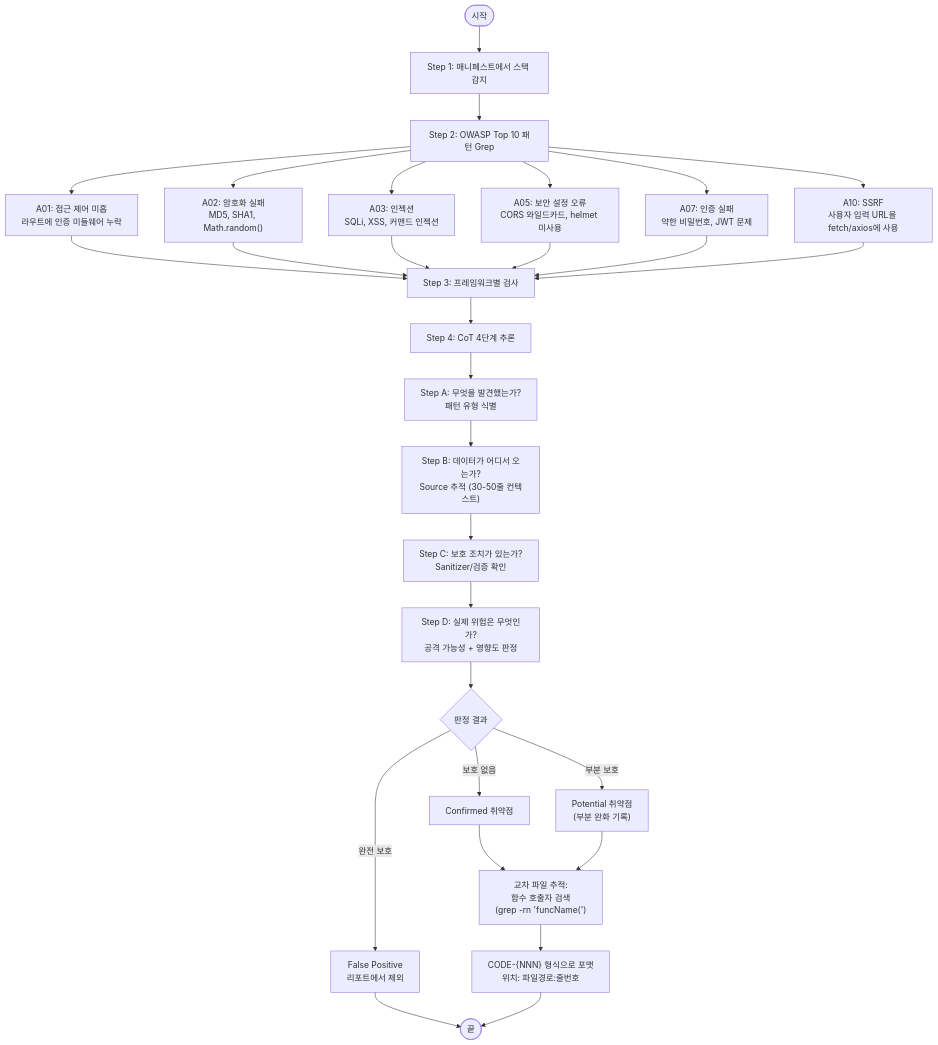
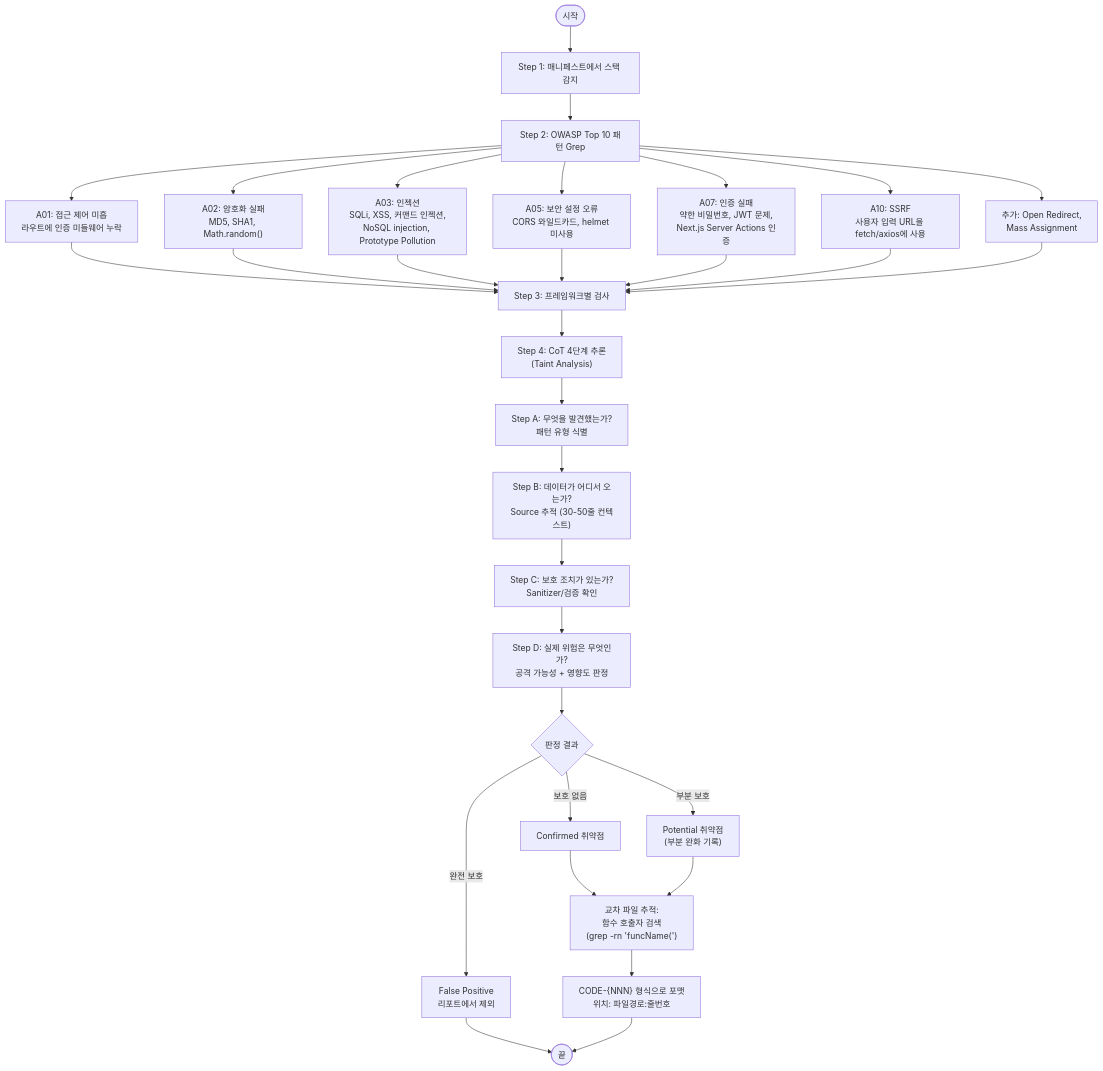
The sixth of 8 diagrams in design/codeinspector.md (letsur-dev/vulcheck), drawn with Mermaid before and after one commit. The commit also changed other lines of this file and 9 other files, not shown here.

````diff
--- a/design/codeinspector.md
+++ b/design/codeinspector.md
@@ -373,38 +373,40 @@
 ```mermaid
 flowchart TD
     Start([시작]) --> DetectStack["Step 1: 매니페스트에서 스택 감지"]
     DetectStack --> Scan["Step 2: OWASP Top 10 패턴 Grep"]
 
     Scan --> A01["A01: 접근 제어 미흡<br>라우트에 인증 미들웨어 누락"]
     Scan --> A02["A02: 암호화 실패<br>MD5, SHA1, Math.random()"]
-    Scan --> A03["A03: 인젝션<br>SQLi, XSS, 커맨드 인젝션"]
+    Scan --> A03["A03: 인젝션<br>SQLi, XSS, 커맨드 인젝션,<br>NoSQL injection, Prototype Pollution"]
     Scan --> A05["A05: 보안 설정 오류<br>CORS 와일드카드, helmet 미사용"]
-    Scan --> A07["A07: 인증 실패<br>약한 비밀번호, JWT 문제"]
+    Scan --> A07["A07: 인증 실패<br>약한 비밀번호, JWT 문제,<br>Next.js Server Actions 인증"]
     Scan --> A10["A10: SSRF<br>사용자 입력 URL을 fetch/axios에 사용"]
+    Scan --> Extra["추가: Open Redirect,<br>Mass Assignment"]
 
     A01 --> FW["Step 3: 프레임워크별 검사"]
     A02 --> FW
     A03 --> FW
     A05 --> FW
     A07 --> FW
     A10 --> FW
+    Extra --> FW
 
-    FW --> CoT["Step 4: CoT 4단계 추론"]
+    FW --> CoT["Step 4: CoT 4단계 추론<br>(Taint Analysis)"]
 
     CoT --> StepA["Step A: 무엇을 발견했는가?<br>패턴 유형 식별"]
     StepA --> StepB["Step B: 데이터가 어디서 오는가?<br>Source 추적 (30-50줄 컨텍스트)"]
     StepB --> StepC["Step C: 보호 조치가 있는가?<br>Sanitizer/검증 확인"]
     StepC --> StepD["Step D: 실제 위험은 무엇인가?<br>공격 가능성 + 영향도 판정"]
 
     StepD --> CheckSanit{"판정 결과"}
 
     CheckSanit -->|"보호 없음"| Confirmed["Confirmed 취약점"]
     CheckSanit -->|"부분 보호"| Potential["Potential 취약점<br>(부분 완화 기록)"]
     CheckSanit -->|"완전 보호"| FalsePositive["False Positive<br>리포트에서 제외"]
 
     Confirmed --> CrossFile["교차 파일 추적:<br>함수 호출자 검색<br>(grep -rn 'funcName(')"]
     Potential --> CrossFile
     CrossFile --> Format["CODE-{NNN} 형식으로 포맷<br>위치: 파일경로:줄번호"]
     FalsePositive --> End([끝])
     Format --> End
 ```
````
